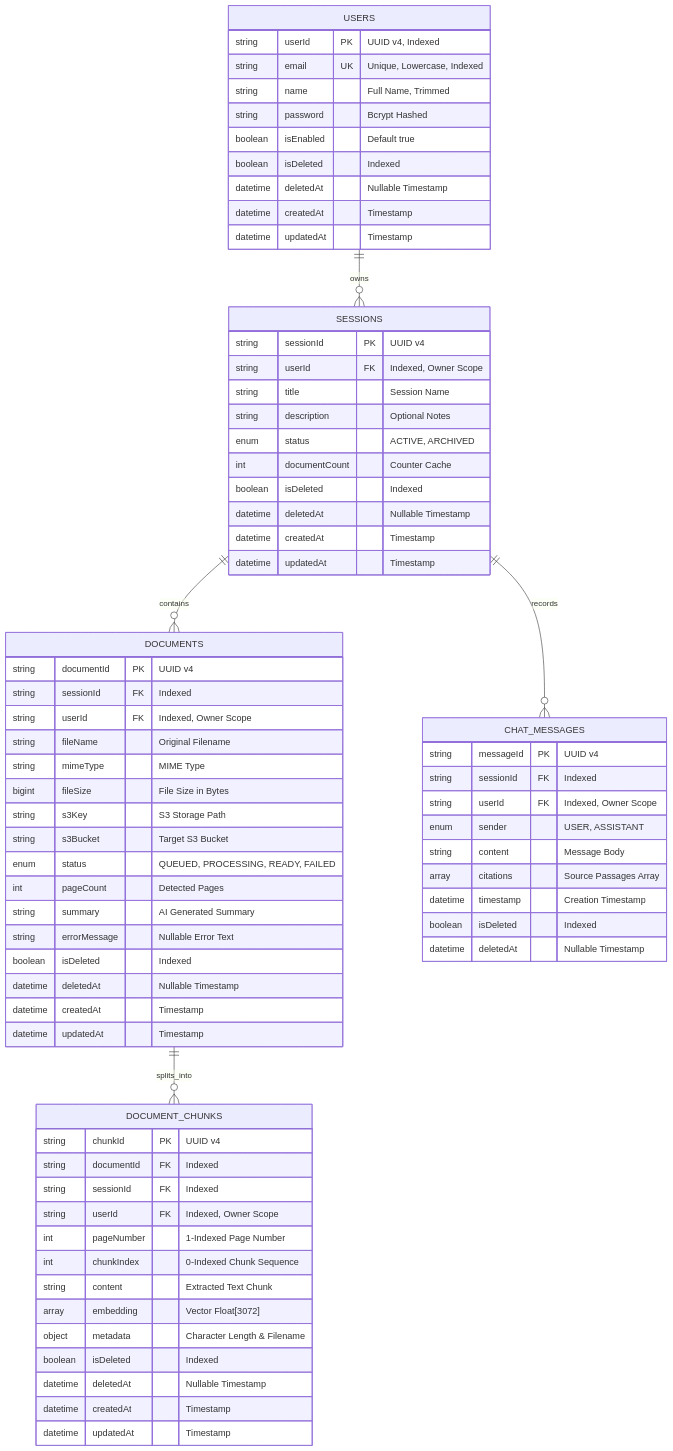
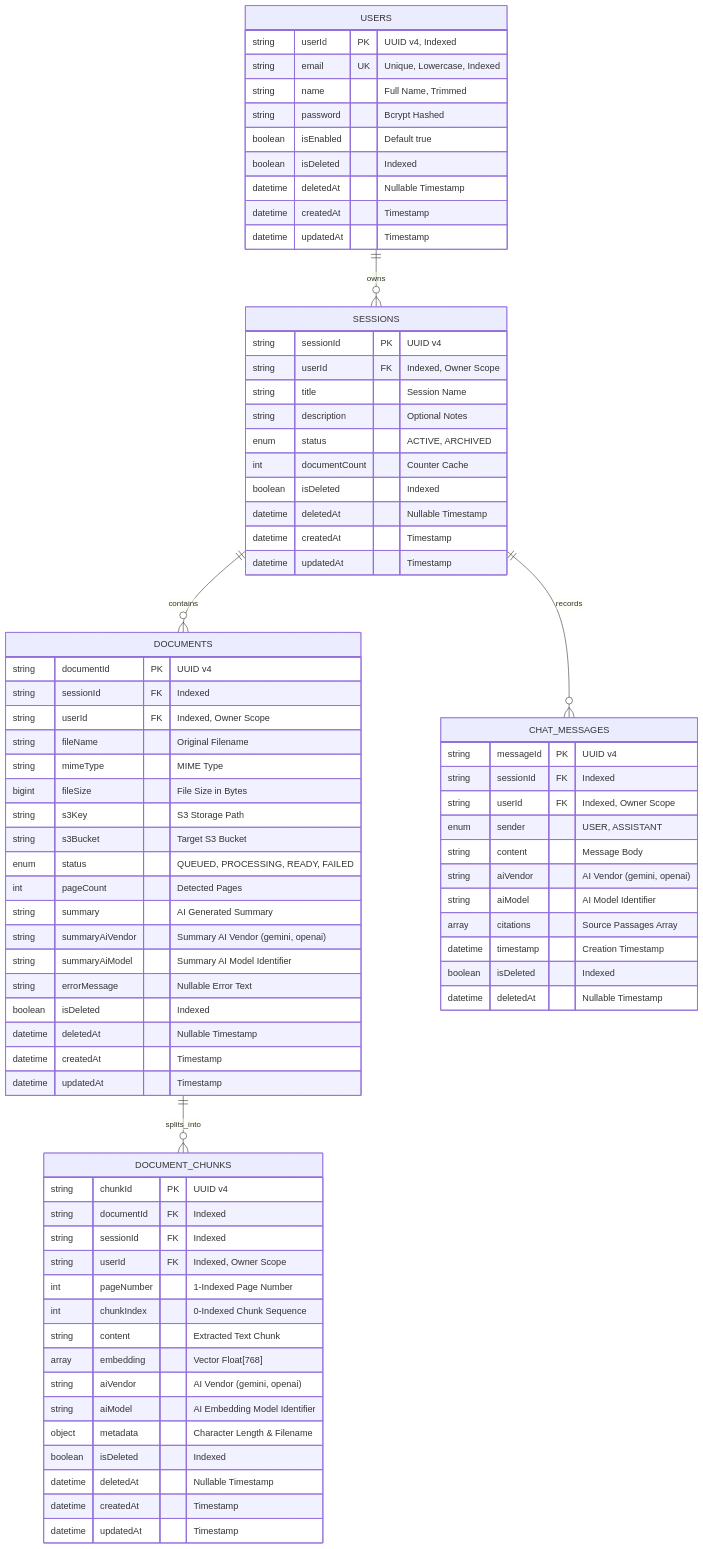
The second of 3 diagrams in BE_TRD.md (Mohim-Singla/document_processor), drawn with Mermaid before and after one commit. The commit also changed other lines of this file and 26 other files, not shown here.

```diff
--- a/BE_TRD.md
+++ b/BE_TRD.md
@@ -103,6 +103,8 @@
         enum status "QUEUED, PROCESSING, READY, FAILED"
         int pageCount "Detected Pages"
         string summary "AI Generated Summary"
+        string summaryAiVendor "Summary AI Vendor (gemini, openai)"
+        string summaryAiModel "Summary AI Model Identifier"
         string errorMessage "Nullable Error Text"
         boolean isDeleted "Indexed"
         datetime deletedAt "Nullable Timestamp"
@@ -118,7 +120,9 @@
         int pageNumber "1-Indexed Page Number"
         int chunkIndex "0-Indexed Chunk Sequence"
         string content "Extracted Text Chunk"
-        array embedding "Vector Float[3072]"
+        array embedding "Vector Float[768]"
+        string aiVendor "AI Vendor (gemini, openai)"
+        string aiModel "AI Embedding Model Identifier"
         object metadata "Character Length & Filename"
         boolean isDeleted "Indexed"
         datetime deletedAt "Nullable Timestamp"
@@ -132,6 +136,8 @@
         string userId FK "Indexed, Owner Scope"
         enum sender "USER, ASSISTANT"
         string content "Message Body"
+        string aiVendor "AI Vendor (gemini, openai)"
+        string aiModel "AI Model Identifier"
         array citations "Source Passages Array"
         datetime timestamp "Creation Timestamp"
         boolean isDeleted "Indexed"
```
